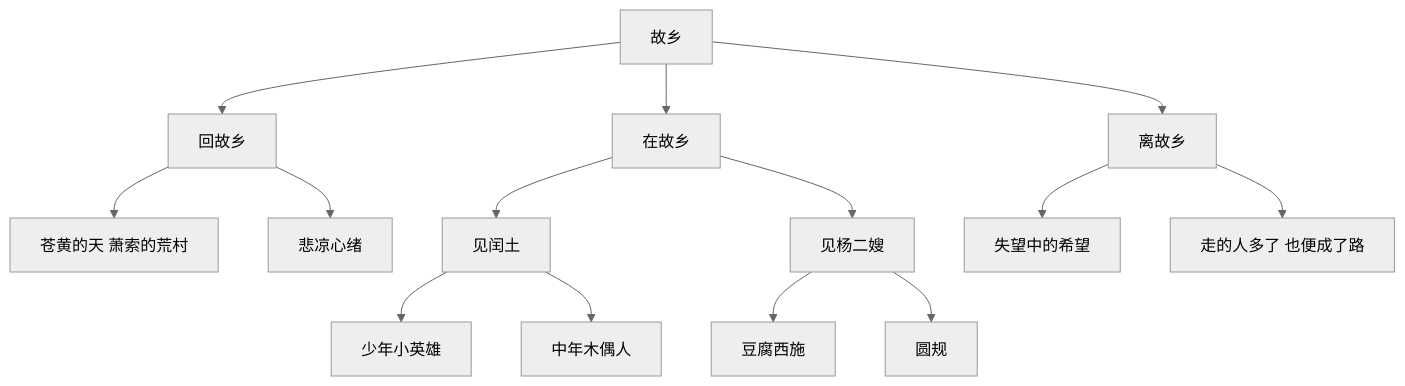
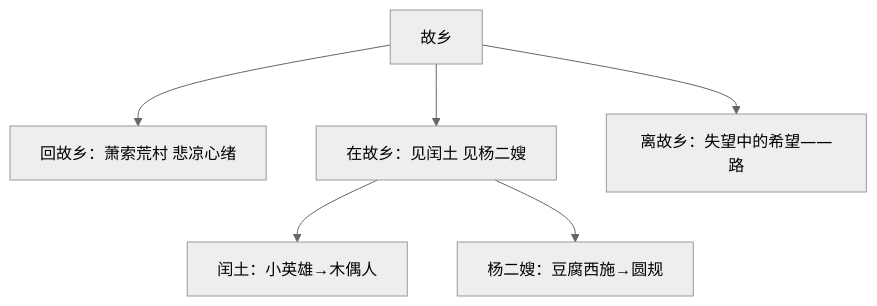
Before and after one commit to moirakk/beijing-study-portal: the first of 2 diagrams in content/chinese/grade9-1/ch4/t1/note.md, drawn with Mermaid (neutral theme). The commit also changed other lines of this file and 6 other files, not shown here.

Commit message:
content: chinese 9a mermaid diagrams

````diff
--- a/content/chinese/grade9-1/ch4/t1/note.md
+++ b/content/chinese/grade9-1/ch4/t1/note.md
@@ -27,16 +27,8 @@
 ```mermaid
 flowchart TD
-    A[故乡] --> B[回故乡]
-    A --> C[在故乡]
-    A --> D[离故乡]
-    B --> B1[苍黄的天 萧索的荒村]
-    B --> B2[悲凉心绪]
-    C --> C1[见闰土]
-    C --> C2[见杨二嫂]
-    C1 --> C3[少年小英雄]
-    C1 --> C4[中年木偶人]
-    C2 --> C5[豆腐西施]
-    C2 --> C6[圆规]
-    D --> D1[失望中的希望]
-    D --> D2[走的人多了 也便成了路]
+    A[故乡] --> B[回故乡：萧索荒村 悲凉心绪]
+    A --> C[在故乡：见闰土 见杨二嫂]
+    A --> D[离故乡：失望中的希望——路]
+    C --> C1[闰土：小英雄→木偶人]
+    C --> C2[杨二嫂：豆腐西施→圆规]
 ```
````
